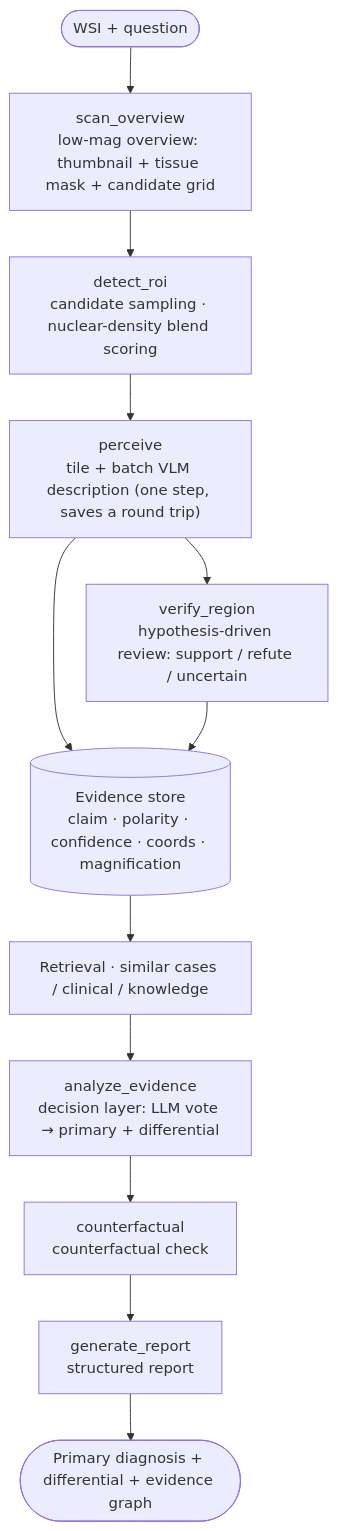
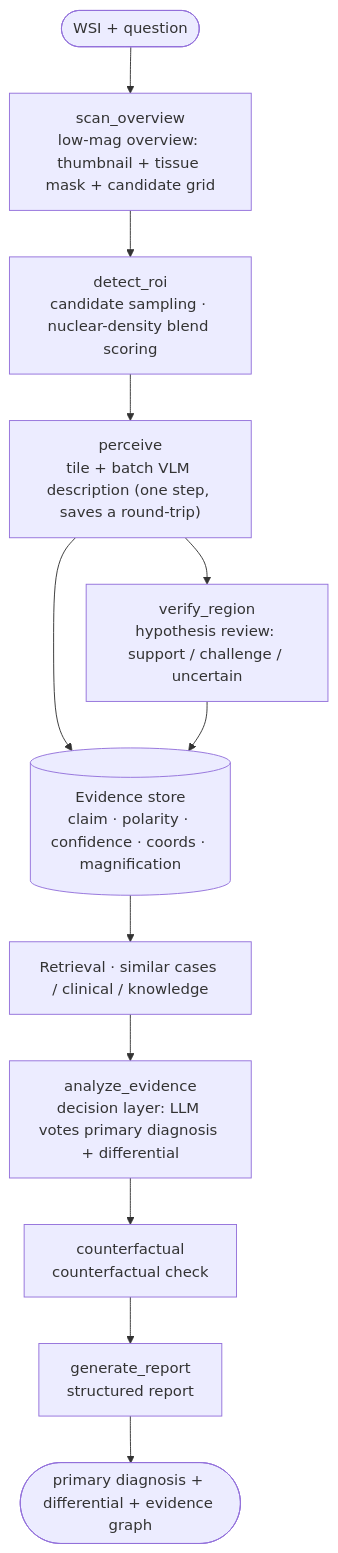
The diagram in README.en.md (Golden-Promise/pathask), drawn with Mermaid before and after one commit. The commit also changed other lines of this file and 5 other files, not shown here.

````diff
--- a/README.en.md
+++ b/README.en.md
@@ -74,14 +153,14 @@
 ```mermaid
 flowchart TD
     Q(["WSI + question"]) --> S["scan_overview<br/>low-mag overview: thumbnail + tissue mask + candidate grid"]
     S --> D["detect_roi<br/>candidate sampling · nuclear-density blend scoring"]
-    D --> P["perceive<br/>tile + batch VLM description (one step, saves a round trip)"]
+    D --> P["perceive<br/>tile + batch VLM description (one step, saves a round-trip)"]
     P --> E[("Evidence store<br/>claim · polarity · confidence · coords · magnification")]
-    P --> V["verify_region<br/>hypothesis-driven review: support / refute / uncertain"]
+    P --> V["verify_region<br/>hypothesis review: support / challenge / uncertain"]
     V --> E
     E --> K["Retrieval · similar cases / clinical / knowledge"]
-    K --> A["analyze_evidence<br/>decision layer: LLM vote → primary + differential"]
+    K --> A["analyze_evidence<br/>decision layer: LLM votes primary diagnosis + differential"]
     A --> C["counterfactual<br/>counterfactual check"]
     C --> G["generate_report<br/>structured report"]
-    G --> OUT(["Primary diagnosis + differential + evidence graph"])
+    G --> OUT(["primary diagnosis + differential + evidence graph"])
 ```
````
